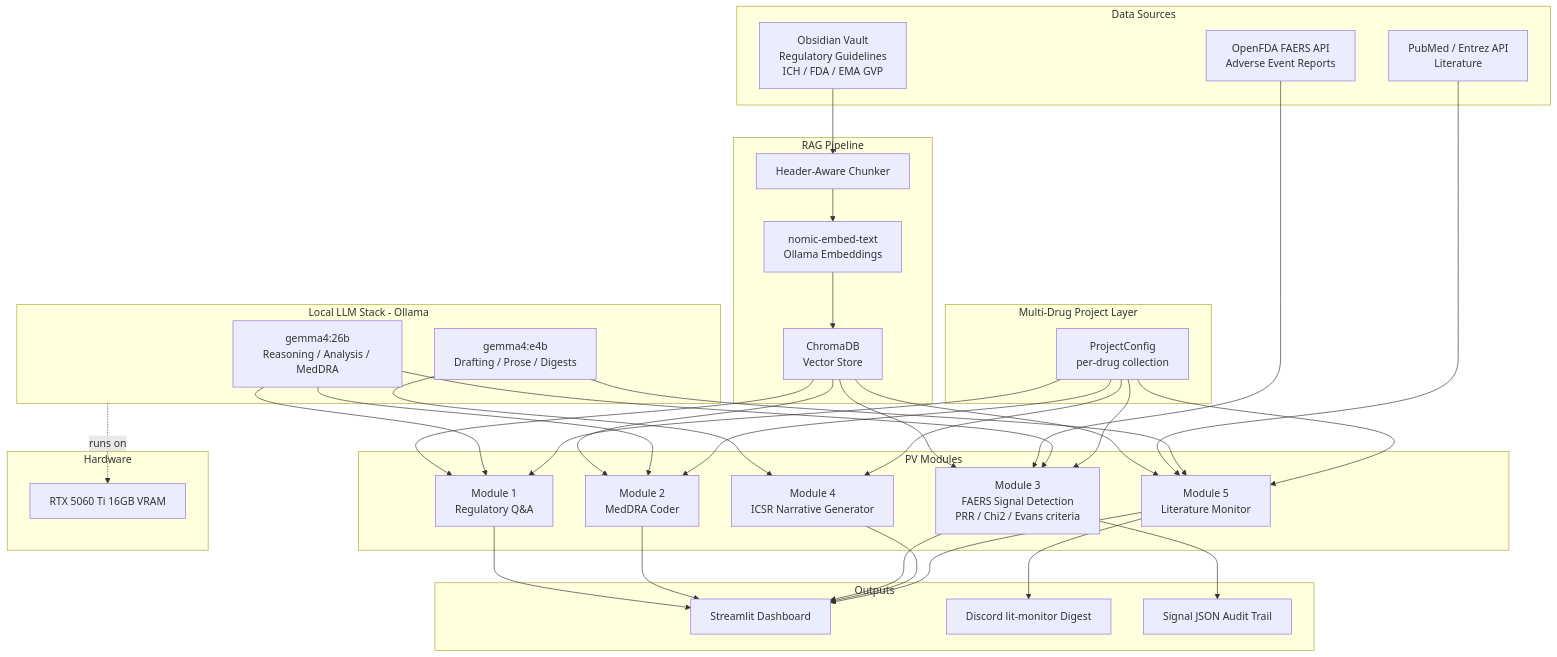
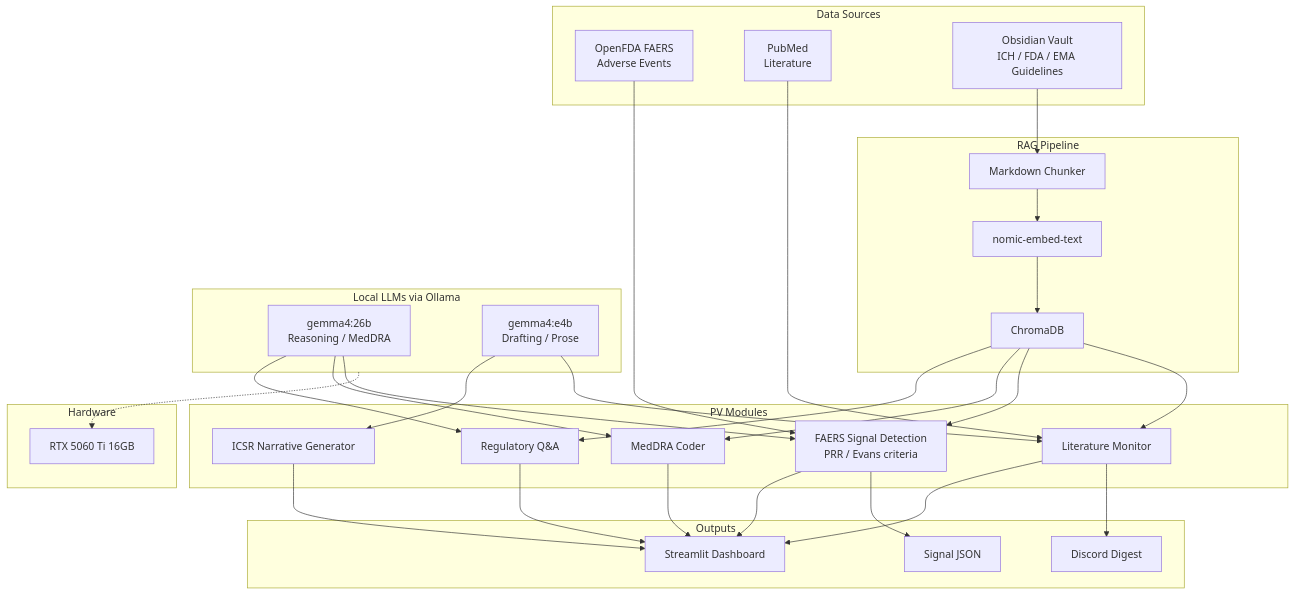
The diagram in README.md (molszewski423/pv-workbench), drawn with Mermaid before and after one commit.

Commit message:
Simplify Mermaid diagram for mobile compatibility — unquoted subgraphs, fewer nodes

````diff
--- a/README.md
+++ b/README.md
@@ -17,82 +17,64 @@
 ```mermaid
 graph TB
-    subgraph Sources["Data Sources"]
-        FAERS["OpenFDA FAERS API
-Adverse Event Reports"]
-        PubMed["PubMed / Entrez API
-Literature"]
-        Vault["Obsidian Vault
-Regulatory Guidelines
-ICH / FDA / EMA GVP"]
+    subgraph Sources[Data Sources]
+        FAERS[OpenFDA FAERS
+Adverse Events]
+        PubMed[PubMed
+Literature]
+        Vault[Obsidian Vault
+ICH / FDA / EMA Guidelines]
     end
 
-    subgraph RAG["RAG Pipeline"]
-        Chunker["Header-Aware Chunker"]
-        Embed["nomic-embed-text
-Ollama Embeddings"]
-        ChromaDB["ChromaDB
-Vector Store"]
+    subgraph RAG[RAG Pipeline]
+        Chunker[Markdown Chunker]
+        Embed[nomic-embed-text]
+        ChromaDB[ChromaDB]
     end
 
-    subgraph LLMs["Local LLM Stack - Ollama"]
-        G26b["gemma4:26b
-Reasoning / Analysis / MedDRA"]
-        G4b["gemma4:e4b
-Drafting / Prose / Digests"]
+    subgraph LLMs[Local LLMs via Ollama]
+        G26b[gemma4:26b
+Reasoning / MedDRA]
+        G4b[gemma4:e4b
+Drafting / Prose]
     end
 
-    subgraph Modules["PV Modules"]
-        M1["Module 1
-Regulatory Q&A"]
-        M2["Module 2
-MedDRA Coder"]
-        M3["Module 3
-FAERS Signal Detection
-PRR / Chi2 / Evans criteria"]
-        M4["Module 4
-ICSR Narrative Generator"]
-        M5["Module 5
-Literature Monitor"]
+    subgraph Modules[PV Modules]
+        M1[Regulatory Q&A]
+        M2[MedDRA Coder]
+        M3[FAERS Signal Detection
+PRR / Evans criteria]
+        M4[ICSR Narrative Generator]
+        M5[Literature Monitor]
     end
 
-    subgraph Projects["Multi-Drug Project Layer"]
-        PC["ProjectConfig
-per-drug collection"]
-    end
-
-    subgraph Output["Outputs"]
-        Dash["Streamlit Dashboard"]
-        Discord["Discord lit-monitor Digest"]
-        JFILE["Signal JSON Audit Trail"]
+    subgraph Output[Outputs]
+        Dash[Streamlit Dashboard]
+        Discord[Discord Digest]
+        JFILE[Signal JSON]
     end
 
     Vault --> Chunker --> Embed --> ChromaDB
     ChromaDB --> M1
     ChromaDB --> M2
     ChromaDB --> M3
     ChromaDB --> M5
     FAERS --> M3
     PubMed --> M5
     G26b --> M1
     G26b --> M2
     G26b --> M3
     G4b --> M4
     G4b --> M5
-    PC --> M1
-    PC --> M2
-    PC --> M3
-    PC --> M4
-    PC --> M5
     M1 --> Dash
     M2 --> Dash
     M3 --> Dash
     M4 --> Dash
     M5 --> Dash
     M5 --> Discord
     M3 --> JFILE
 
-    subgraph HW["Hardware"]
-        GPU["RTX 5060 Ti 16GB VRAM"]
+    subgraph HW[Hardware]
+        GPU[RTX 5060 Ti 16GB]
     end
-    LLMs -.->|runs on| GPU
+    LLMs -.-> GPU
 ```
````
